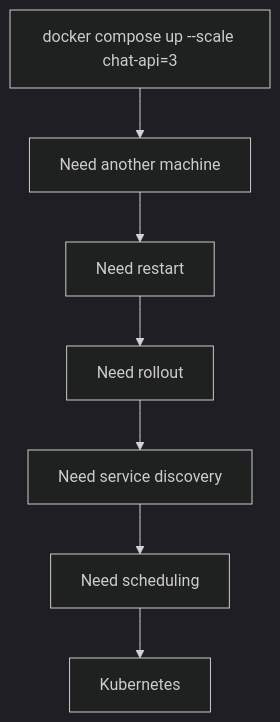
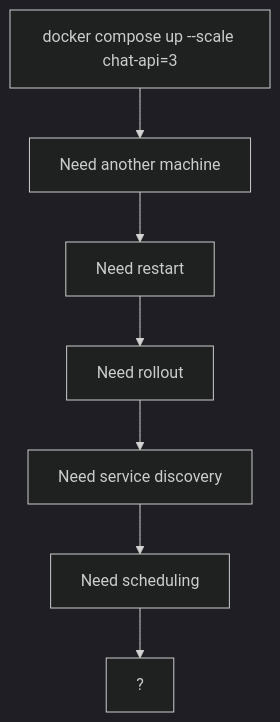
The second of 3 diagrams in handbook/part-01-foundation/ch01-the-big-picture.md (khapu2906/K8s-Odyssey), drawn with Mermaid (dark theme) before and after one commit. The commit also changed other lines of this file, not shown here.

First line of the commit message:
ch1: don't let the character know "Kubernetes" before discovering it

````diff
--- a/handbook/part-01-foundation/ch01-the-big-picture.md
+++ b/handbook/part-01-foundation/ch01-the-big-picture.md
@@ -92,9 +92,9 @@
 ```mermaid
 flowchart TD
     A[docker compose up --scale chat-api=3] --> B[Need another machine]
     B --> C[Need restart]
     C --> D[Need rollout]
     D --> E[Need service discovery]
     E --> F[Need scheduling]
-    F --> G[Kubernetes]
+    F --> G["?"]
 ```
````
